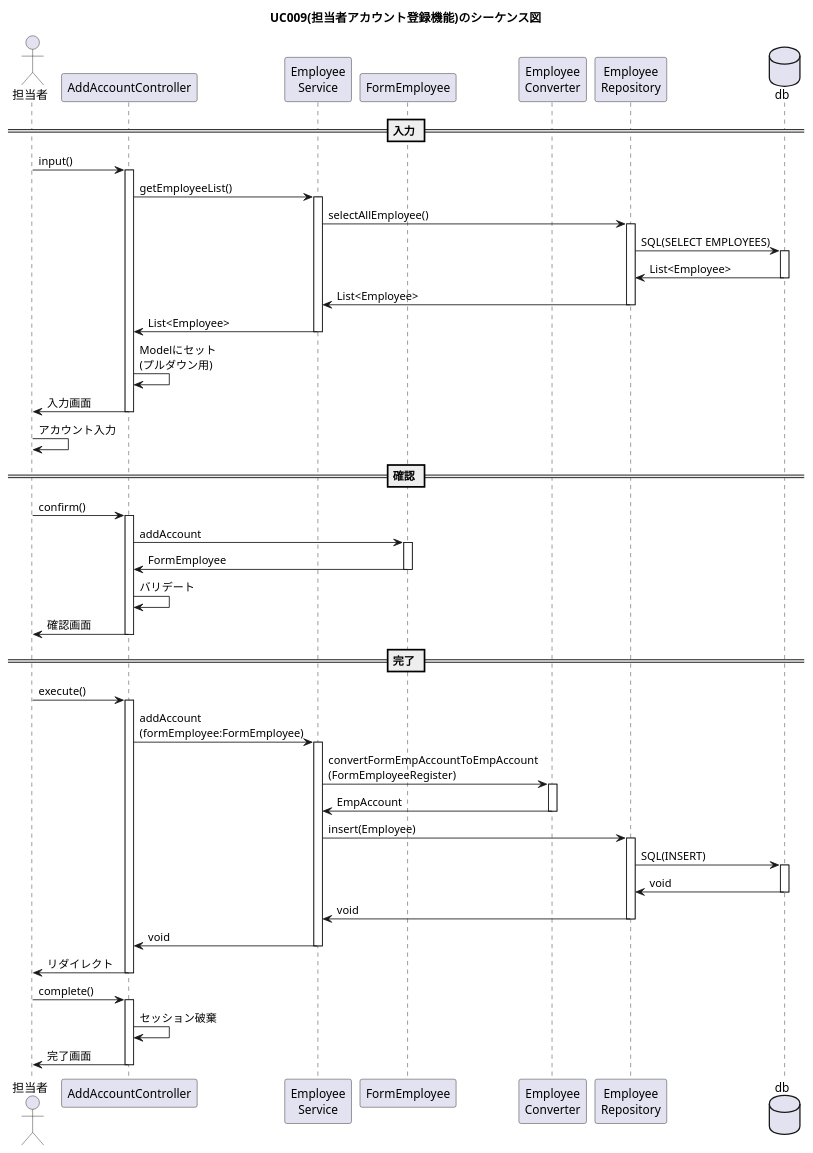
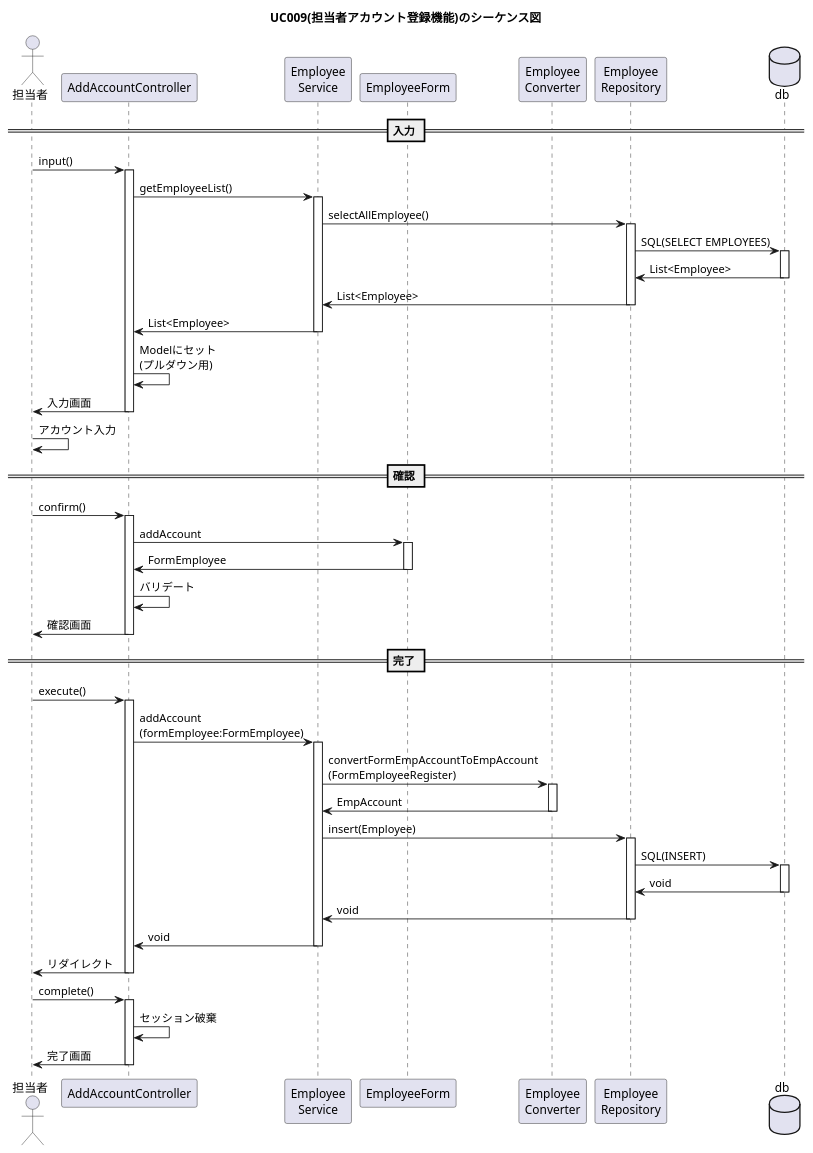
Before and after one commit to kanavii3333/ec-b: the diagram in plan/uml/sequence/uc009.plantuml, drawn with PlantUML. The commit also changed 4 other files, not shown here.

Commit message:
シーケンス図のFormのクラス名を変更

```diff
--- a/plan/uml/sequence/uc009.plantuml
+++ b/plan/uml/sequence/uc009.plantuml
@@ -1,42 +1,42 @@
 @startuml
 
 title UC009(担当者アカウント登録機能)のシーケンス図
 actor "担当者" as user
 participant "AddAccountController" as controller
 participant "Employee\nService" as service
-participant "FormEmployee" as form
+participant "EmployeeForm" as form
 participant "Employee\nConverter" as helper
 participant "Employee\nRepository" as repository
 database "db" as db
  == 入力 ==
 user -> controller++:input()
 controller -> service++:getEmployeeList()
 service -> repository++:selectAllEmployee()
 repository -> db++:SQL(SELECT EMPLOYEES)
 db -> repository--:List<Employee>
 repository -> service--:List<Employee>
 service -> controller--:List<Employee>
 controller -> controller:Modelにセット\n(プルダウン用)
 controller -> user--:入力画面
 user -> user:アカウント入力 
  == 確認 ==
 user -> controller++:confirm()
 controller -> form++:addAccount
 form -> controller--:FormEmployee
 controller -> controller:バリデート
 controller -> user--:確認画面
  == 完了 ==
 user -> controller++:execute()
 controller -> service++:addAccount\n(formEmployee:FormEmployee)
 service -> helper++:convertFormEmpAccountToEmpAccount\n(FormEmployeeRegister)
 helper -> service--:EmpAccount
 service -> repository++:insert(Employee)
 repository -> db++:SQL(INSERT)
 db -> repository--:void
 repository -> service--:void
 service -> controller--:void
 controller -> user--:リダイレクト
 user -> controller++:complete()
 controller -> controller:セッション破棄
 controller -> user--:完了画面
 @enduml
```
